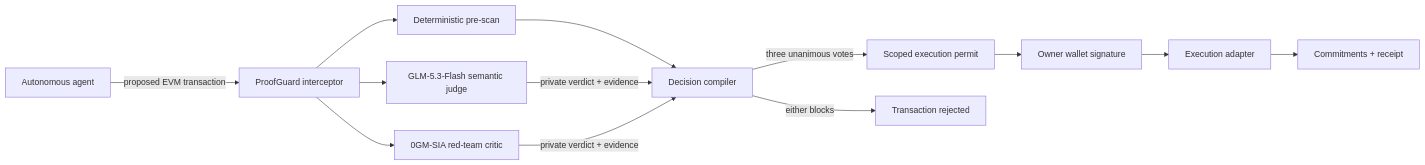
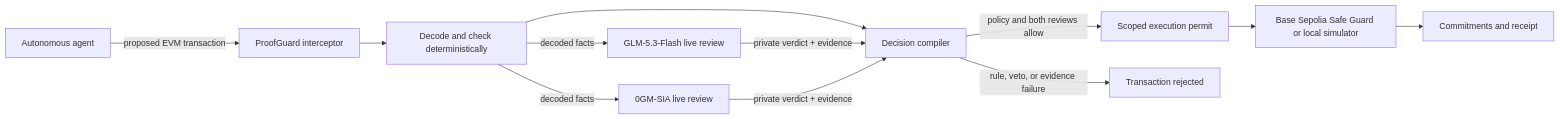
Before and after one commit to Fu99966/proofguard-0g: the diagram in README.md, drawn with Mermaid. The commit also changed other lines of this file, not shown here.

Commit message:
Align README with verified rule evidence

````diff
--- a/README.md
+++ b/README.md
@@ -60,15 +50,14 @@
 ```mermaid
 flowchart LR
     A["Autonomous agent"] -->|proposed EVM transaction| I["ProofGuard interceptor"]
-    I --> D["Deterministic pre-scan"]
-    I --> Z1["GLM-5.3-Flash semantic judge"]
-    I --> Z2["0GM-SIA red-team critic"]
+    I --> D["Decode and check deterministically"]
+    D -->|decoded facts| Z1["GLM-5.3-Flash live review"]
+    D -->|decoded facts| Z2["0GM-SIA live review"]
     D --> C["Decision compiler"]
     Z1 -->|private verdict + evidence| C
     Z2 -->|private verdict + evidence| C
-    C -->|three unanimous votes| P["Scoped execution permit"]
-    C -->|either blocks| B["Transaction rejected"]
-    P --> W["Owner wallet signature"]
-    W --> E["Execution adapter"]
-    E --> R["Commitments + receipt"]
+    C -->|policy and both reviews allow| P["Scoped execution permit"]
+    C -->|rule, veto, or evidence failure| B["Transaction rejected"]
+    P --> E["Base Sepolia Safe Guard or local simulator"]
+    E --> R["Commitments and receipt"]
 ```
````
